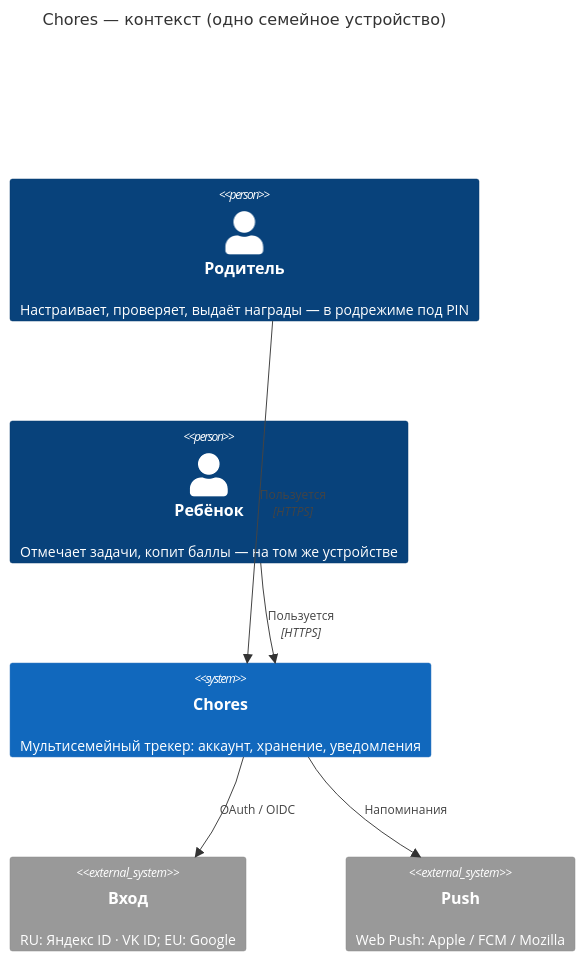
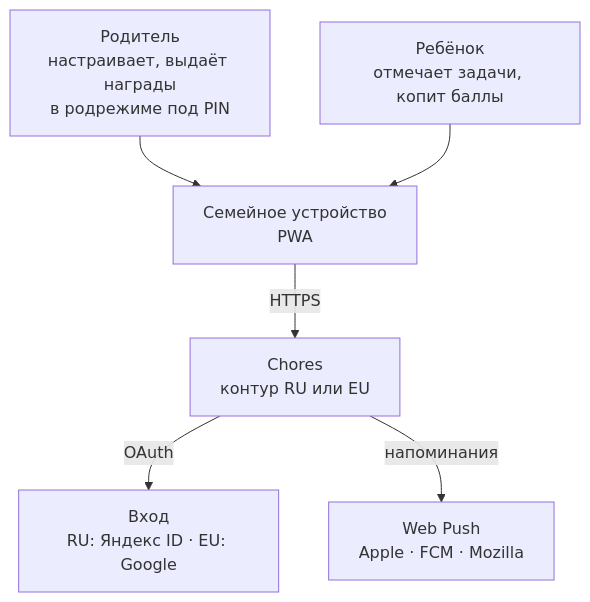
Before and after one commit to SiritosKon/kids-chores: the second of 3 diagrams in research/02-backend-architecture.md, drawn with Mermaid. The commit also changed other lines of this file and 2 other files, not shown here.

Commit message:
docs(research): pick self-hosted Valkey, plain ORM section, vertical diagrams, drop sources

````diff
--- a/research/02-backend-architecture.md
+++ b/research/02-backend-architecture.md
@@ -537,14 +550,15 @@
 ```mermaid
-C4Context
-  title Chores — контекст (одно семейное устройство)
-  Person(parent, "Родитель", "Настраивает, проверяет, выдаёт награды — в родрежиме под PIN")
-  Person(child, "Ребёнок", "Отмечает задачи, копит баллы — на том же устройстве")
-  System(app, "Chores", "Мультисемейный трекер: аккаунт, хранение, уведомления")
-  System_Ext(idp, "Вход", "RU: Яндекс ID · VK ID; EU: Google")
-  System_Ext(push, "Push", "Web Push: Apple / FCM / Mozilla")
-  Rel(parent, app, "Пользуется", "HTTPS")
-  Rel(child, app, "Пользуется", "HTTPS")
-  Rel_D(app, idp, "OAuth / OIDC")
-  Rel_D(app, push, "Напоминания")
-  UpdateLayoutConfig($c4ShapeInRow="3", $c4BoundaryInRow="1")
+flowchart TB
+  parent["Родитель<br/>настраивает, выдаёт награды<br/>в родрежиме под PIN"]
+  child["Ребёнок<br/>отмечает задачи, копит баллы"]
+  device["Семейное устройство<br/>PWA"]
+  app["Chores<br/>контур RU или EU"]
+  idp["Вход<br/>RU: Яндекс ID · EU: Google"]
+  push["Web Push<br/>Apple · FCM · Mozilla"]
+
+  parent --> device
+  child --> device
+  device -->|HTTPS| app
+  app -->|OAuth| idp
+  app -->|напоминания| push
 ```
````
